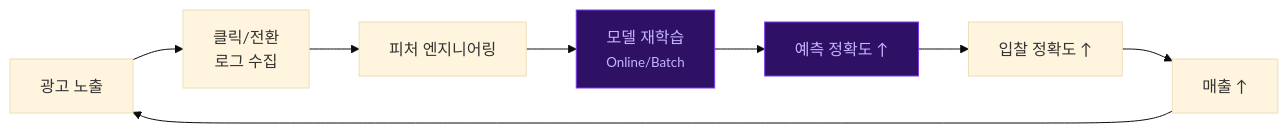
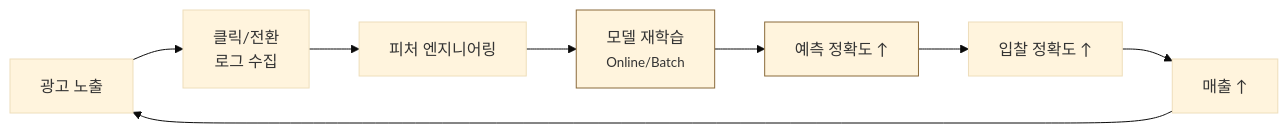
One commit to chkimsu/adtech-blog changed the fourth of 4 diagrams in posts/adtech-dev-layers.md. Above: the diagram before and after it, drawn with Mermaid (base theme). The commit also changed other lines of this file and 40 other files, not shown here.

````diff
--- a/posts/adtech-dev-layers.md
+++ b/posts/adtech-dev-layers.md
@@ -217,13 +217,13 @@
 ```mermaid
 graph LR
     A["광고 노출"] --> B["클릭/전환<br/>로그 수집"]
     B --> C["피처 엔지니어링"]
     C --> D["모델 재학습<br/><small>Online/Batch</small>"]
     D --> E["예측 정확도 ↑"]
     E --> F["입찰 정확도 ↑"]
     F --> G["매출 ↑"]
     G --> A
 
-    style D fill:#2e1065,stroke:#7c3aed,color:#c4b5fd
-    style E fill:#2e1065,stroke:#7c3aed,color:#c4b5fd
+    style D stroke:#8a6a3a
+    style E stroke:#8a6a3a
 ```
````
